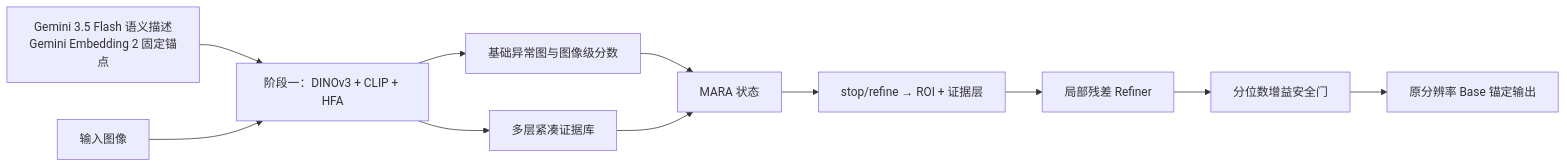
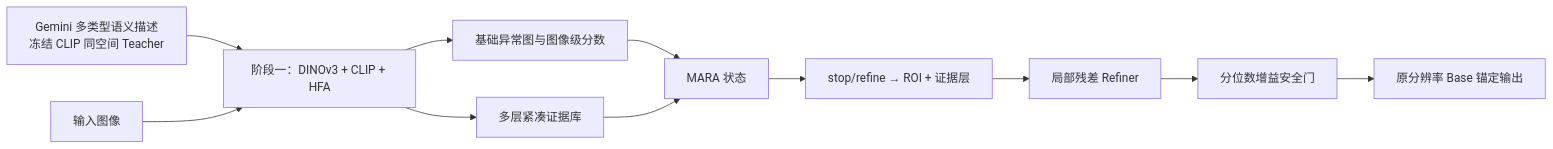
One commit to indolence-qian/SRA-DINO changed the diagram in SRA-DINO_技术总结.md. Above: the diagram before and after it, drawn with Mermaid. The commit also changed other lines of this file and 7 other files, not shown here.

````diff
--- a/SRA-DINO_技术总结.md
+++ b/SRA-DINO_技术总结.md
@@ -12,13 +12,13 @@
 ```mermaid
 flowchart LR
-    S["Gemini 3.5 Flash 语义描述<br/>Gemini Embedding 2 固定锚点"] --> B
+    S["Gemini 多类型语义描述<br/>冻结 CLIP 同空间 Teacher"] --> B
     I["输入图像"] --> B["阶段一：DINOv3 + CLIP + HFA"]
     B --> P["基础异常图与图像级分数"]
     B --> E["多层紧凑证据库"]
     P --> M["MARA 状态"]
     E --> M
     M --> A["stop/refine → ROI + 证据层"]
     A --> R["局部残差 Refiner"]
     R --> G["分位数增益安全门"]
     G --> O["原分辨率 Base 锚定输出"]
 ```
````
